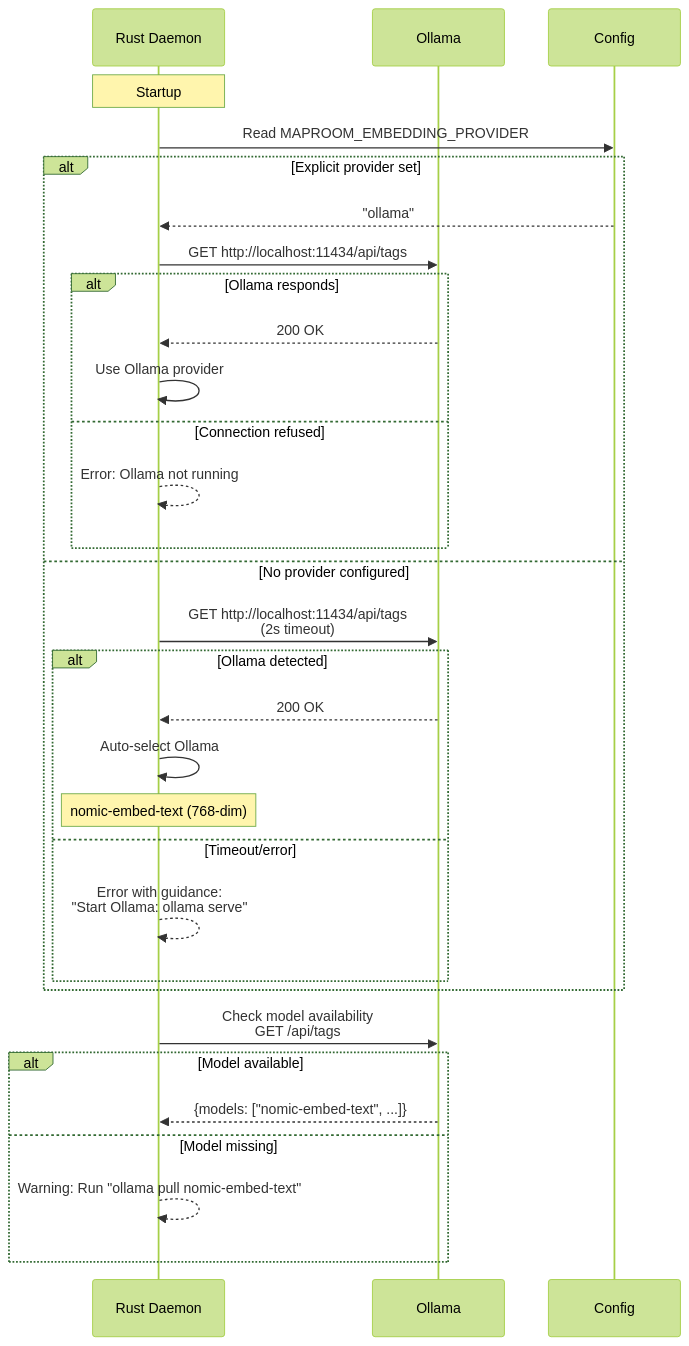
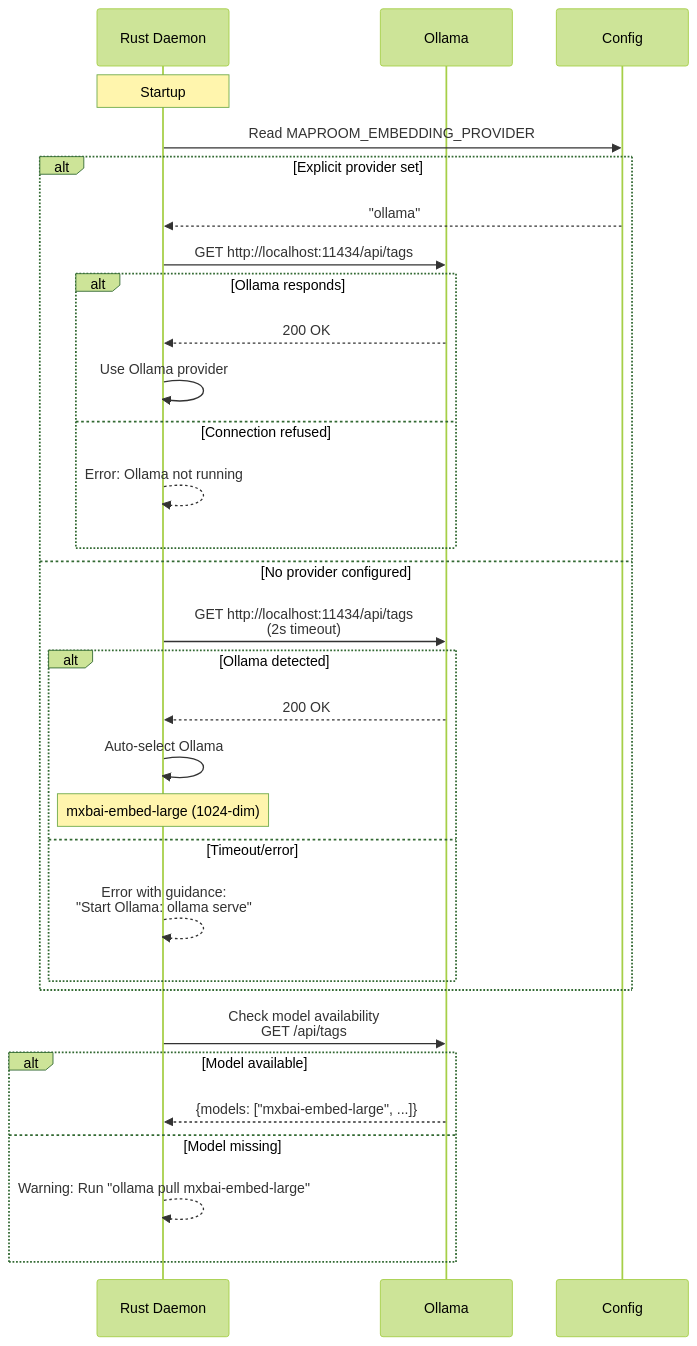
The fourth of 5 diagrams in docs/architecture/sequences.md (manifoldlogic/crewchief), drawn with Mermaid (forest theme) before and after one commit. The commit also changed other lines of this file and 9 other files, not shown here.

First line of the commit message:
docs(MXBAI-2004): update remaining docs to use mxbai-embed-large default

````diff
--- a/docs/architecture/sequences.md
+++ b/docs/architecture/sequences.md
@@ -132,40 +132,40 @@
 ```mermaid
 sequenceDiagram
     participant DM as Rust Daemon
     participant OL as Ollama
     participant CFG as Config
 
     Note over DM: Startup
     DM->>CFG: Read MAPROOM_EMBEDDING_PROVIDER
 
     alt Explicit provider set
         CFG-->>DM: "ollama"
         DM->>OL: GET http://localhost:11434/api/tags
 
         alt Ollama responds
             OL-->>DM: 200 OK
             DM->>DM: Use Ollama provider
         else Connection refused
             DM-->>DM: Error: Ollama not running
         end
 
     else No provider configured
         DM->>OL: GET http://localhost:11434/api/tags<br/>(2s timeout)
 
         alt Ollama detected
             OL-->>DM: 200 OK
             DM->>DM: Auto-select Ollama
-            Note over DM: nomic-embed-text (768-dim)
+            Note over DM: mxbai-embed-large (1024-dim)
         else Timeout/error
             DM-->>DM: Error with guidance:<br/>"Start Ollama: ollama serve"
         end
     end
 
     DM->>OL: Check model availability<br/>GET /api/tags
 
     alt Model available
-        OL-->>DM: {models: ["nomic-embed-text", ...]}
+        OL-->>DM: {models: ["mxbai-embed-large", ...]}
     else Model missing
-        DM-->>DM: Warning: Run "ollama pull nomic-embed-text"
+        DM-->>DM: Warning: Run "ollama pull mxbai-embed-large"
     end
 ```
````
